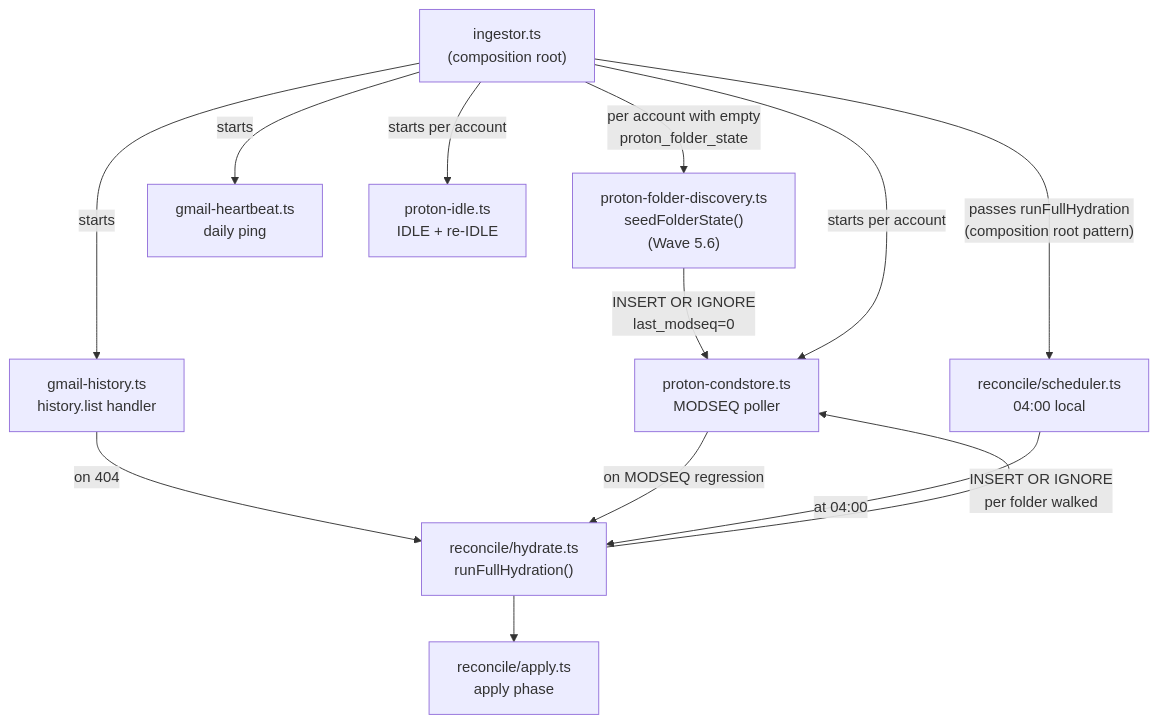
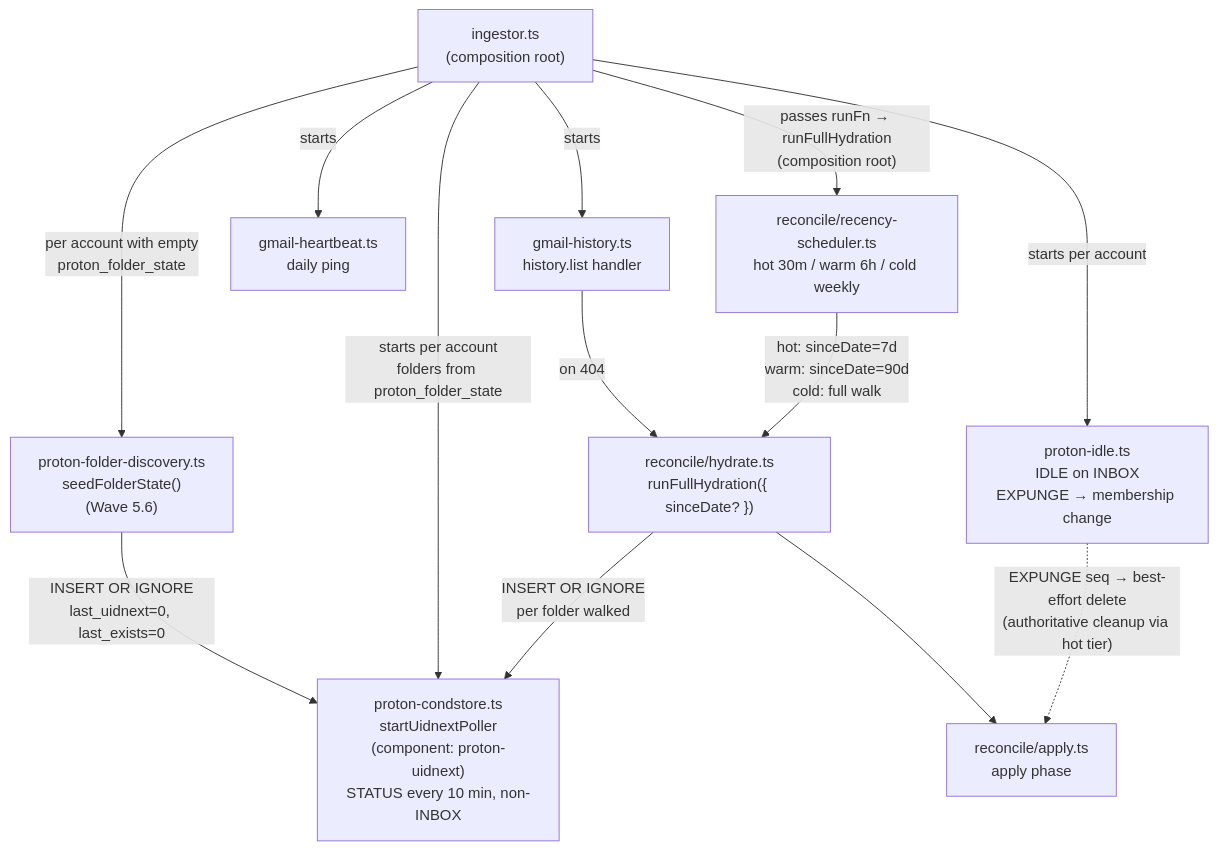
Before and after one commit to jmcstone/nanoclaw: the first of 2 diagrams in lode/infrastructure/mailroom-mirror.md, drawn with Mermaid. The commit also changed other lines of this file and 8 other files, not shown here.

First line of the commit message:
lode: madison-read-power closed; mirror docs graduated to UIDNEXT + recency reconcile

````diff
--- a/lode/infrastructure/mailroom-mirror.md
+++ b/lode/infrastructure/mailroom-mirror.md
@@ -181,25 +207,25 @@
 ```mermaid
 flowchart TD
   Ingestor["ingestor.ts\n(composition root)"]
   SeedFolderState["proton-folder-discovery.ts\nseedFolderState()\n(Wave 5.6)"]
   GmailHistory["gmail-history.ts\nhistory.list handler"]
   GmailHeartbeat["gmail-heartbeat.ts\ndaily ping"]
-  ProtonIdle["proton-idle.ts\nIDLE + re-IDLE"]
-  ProtonCondstore["proton-condstore.ts\nMODSEQ poller"]
-  ReconcileSched["reconcile/scheduler.ts\n04:00 local"]
-  Hydrate["reconcile/hydrate.ts\nrunFullHydration()"]
+  ProtonIdle["proton-idle.ts\nIDLE on INBOX\nEXPUNGE → membership change"]
+  ProtonUidnext["proton-condstore.ts\nstartUidnextPoller\n(component: proton-uidnext)\nSTATUS every 10 min, non-INBOX"]
+  RecencySched["reconcile/recency-scheduler.ts\nhot 30m / warm 6h / cold weekly"]
+  Hydrate["reconcile/hydrate.ts\nrunFullHydration({ sinceDate? })"]
   Apply["reconcile/apply.ts\napply phase"]
 
   Ingestor -->|"per account with empty\nproton_folder_state"| SeedFolderState
-  SeedFolderState -->|"INSERT OR IGNORE\nlast_modseq=0"| ProtonCondstore
+  SeedFolderState -->|"INSERT OR IGNORE\nlast_uidnext=0, last_exists=0"| ProtonUidnext
   Ingestor -->|starts| GmailHistory
   Ingestor -->|starts| GmailHeartbeat
   Ingestor -->|starts per account| ProtonIdle
-  Ingestor -->|starts per account| ProtonCondstore
-  Ingestor -->|"passes runFullHydration\n(composition root pattern)"| ReconcileSched
+  Ingestor -->|"starts per account\nfolders from proton_folder_state"| ProtonUidnext
+  Ingestor -->|"passes runFn → runFullHydration\n(composition root)"| RecencySched
   GmailHistory -->|"on 404"| Hydrate
-  ProtonCondstore -->|"on MODSEQ regression"| Hydrate
-  ReconcileSched -->|"at 04:00"| Hydrate
-  Hydrate -->|"INSERT OR IGNORE\nper folder walked"| ProtonCondstore
+  RecencySched -->|"hot: sinceDate=7d\nwarm: sinceDate=90d\ncold: full walk"| Hydrate
+  Hydrate -->|"INSERT OR IGNORE\nper folder walked"| ProtonUidnext
   Hydrate --> Apply
+  ProtonIdle -.->|"EXPUNGE seq → best-effort delete\n(authoritative cleanup via hot tier)"| Apply
 ```
````
